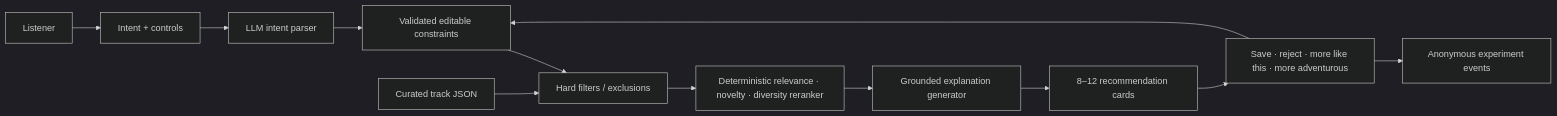
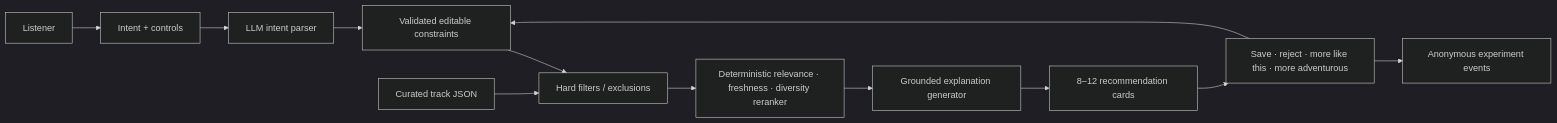
The diagram in docs/Artifact B Recommendation.md (gptdivya595/Prototype-Spotify), drawn with Mermaid (dark theme) before and after one commit. The commit also changed other lines of this file and 32 other files, not shown here.

````diff
--- a/docs/Artifact B Recommendation.md
+++ b/docs/Artifact B Recommendation.md
@@ -234,14 +234,14 @@
 ```mermaid
 flowchart LR
     U["Listener"] --> UI["Intent + controls"]
     UI --> P["LLM intent parser"]
     P --> C["Validated editable constraints"]
     C --> F["Hard filters / exclusions"]
     CAT["Curated track JSON"] --> F
-    F --> R["Deterministic relevance · novelty · diversity reranker"]
+    F --> R["Deterministic relevance · freshness · diversity reranker"]
     R --> X["Grounded explanation generator"]
     X --> CARDS["8–12 recommendation cards"]
     CARDS --> FB["Save · reject · more like this · more adventurous"]
     FB --> C
     FB --> EVT["Anonymous experiment events"]
 ```
````
